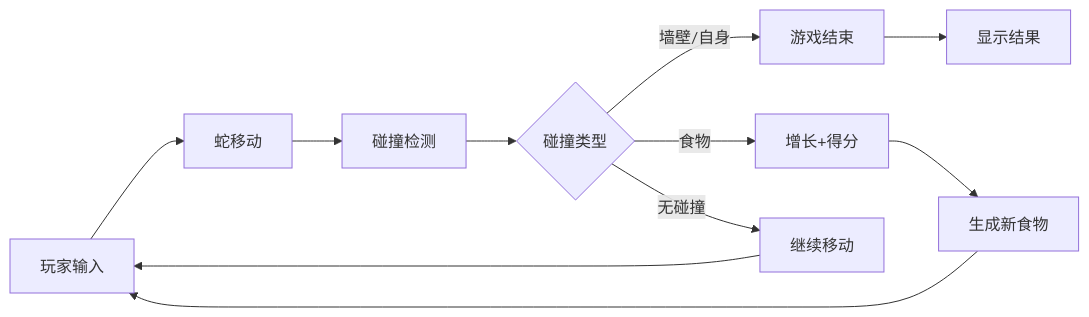
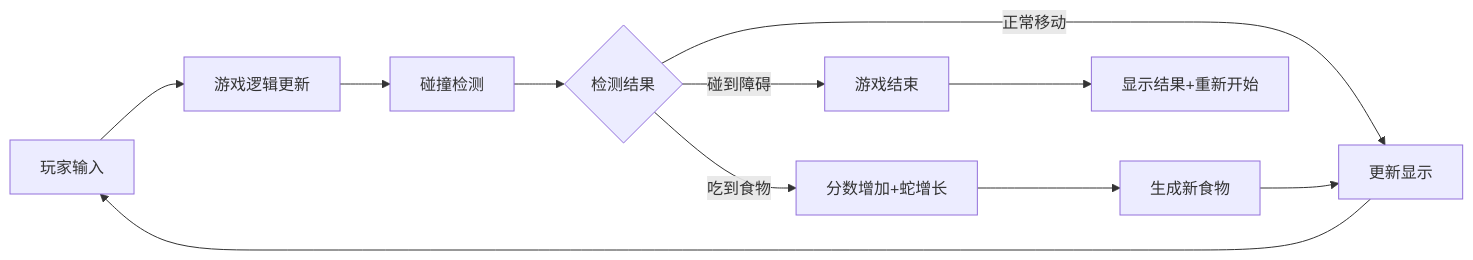
The second of 6 diagrams in 课时1-游戏设计与项目规划/README.md (youjing-mz/snake), drawn with Mermaid before and after one commit. The commit also changed other lines of this file and 8 other files, not shown here.

````diff
--- a/课时1-游戏设计与项目规划/README.md
+++ b/课时1-游戏设计与项目规划/README.md
@@ -37,13 +59,13 @@
 ```mermaid
 graph LR
-    A[玩家输入] --> B[蛇移动]
+    A[玩家输入] --> B[游戏逻辑更新]
     B --> C[碰撞检测]
-    C --> D{碰撞类型}
-    D -->|食物| E[增长+得分]
-    D -->|墙壁/自身| F[游戏结束]
-    D -->|无碰撞| G[继续移动]
+    C --> D{检测结果}
+    D -->|吃到食物| E[分数增加+蛇增长]
+    D -->|碰到障碍| F[游戏结束]
+    D -->|正常移动| G[更新显示]
     E --> H[生成新食物]
-    H --> A
+    H --> G
     G --> A
-    F --> I[显示结果]
+    F --> I[显示结果+重新开始]
 ```
````
